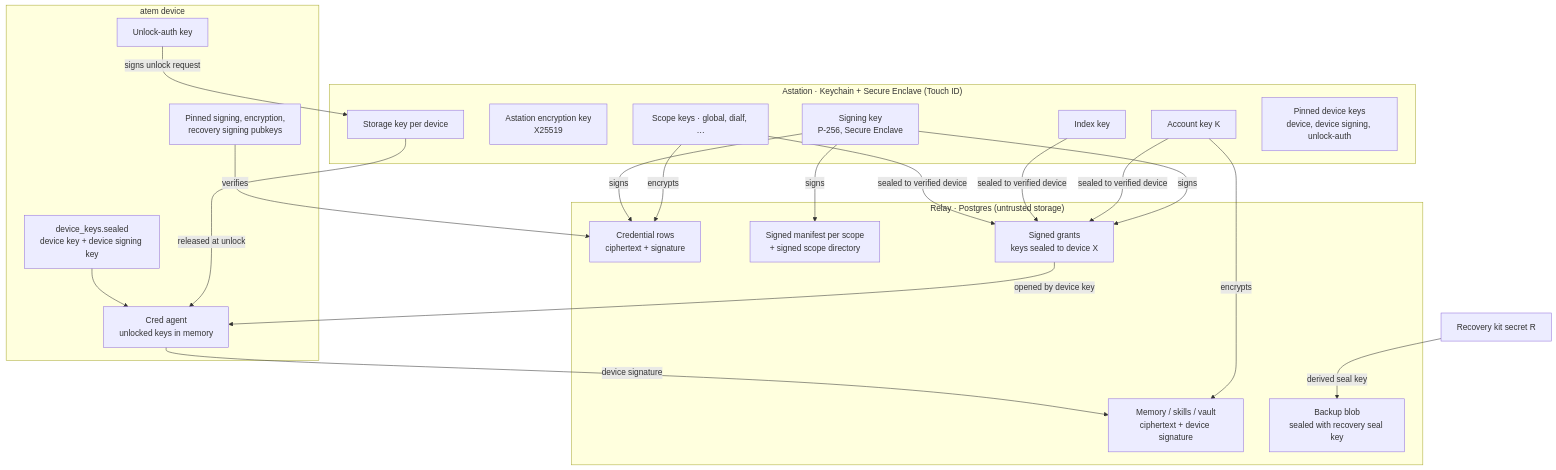
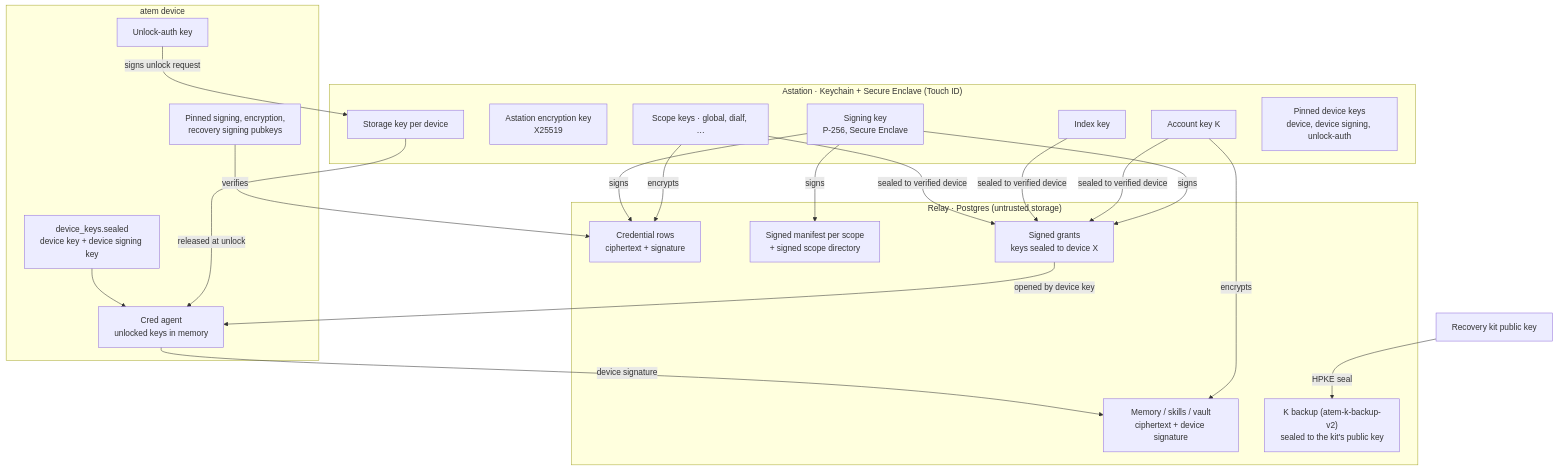
Before and after one commit to Agora-Build/Atem: the first of 7 diagrams in designs/e2e-encryption.md, drawn with Mermaid. The commit also changed other lines of this file and 79 other files, not shown here.

````diff
--- a/designs/e2e-encryption.md
+++ b/designs/e2e-encryption.md
@@ -131,38 +131,38 @@
 ```mermaid
 flowchart TB
   subgraph AST["Astation · Keychain + Secure Enclave (Touch ID)"]
     SIGN["Signing key<br/>P-256, Secure Enclave"]
     AENC["Astation encryption key<br/>X25519"]
     K["Account key K"]
     IDX["Index key"]
     SD["Scope keys · global, dialf, …"]
     STK["Storage key per device"]
     PINS["Pinned device keys<br/>device, device signing, unlock-auth"]
   end
   subgraph RELAY["Relay · Postgres (untrusted storage)"]
     MEM["Memory / skills / vault<br/>ciphertext + device signature"]
     CT["Credential rows<br/>ciphertext + signature"]
     MAN["Signed manifest per scope<br/>+ signed scope directory"]
     GR["Signed grants<br/>keys sealed to device X"]
-    BK["Backup blob<br/>sealed with recovery seal key"]
+    BK["K backup (atem-k-backup-v2)<br/>sealed to the kit's public key"]
   end
   subgraph DEV["atem device"]
     DKS["device_keys.sealed<br/>device key + device signing key"]
     UA["Unlock-auth key"]
     PIN["Pinned signing, encryption,<br/>recovery signing pubkeys"]
     AG["Cred agent<br/>unlocked keys in memory"]
   end
   K -->|encrypts| MEM
   SD -->|encrypts| CT
   SIGN -->|signs| CT
   SIGN -->|signs| MAN
   SIGN -->|signs| GR
   K & IDX & SD -->|sealed to verified device| GR
   STK -->|released at unlock| AG
   UA -->|signs unlock request| STK
   DKS --> AG
   GR -->|opened by device key| AG
   AG -->|device signature| MEM
   PIN -->|verifies| CT
-  REC["Recovery kit secret R"] -->|derived seal key| BK
+  REC["Recovery kit public key"] -->|HPKE seal| BK
 ```
````
